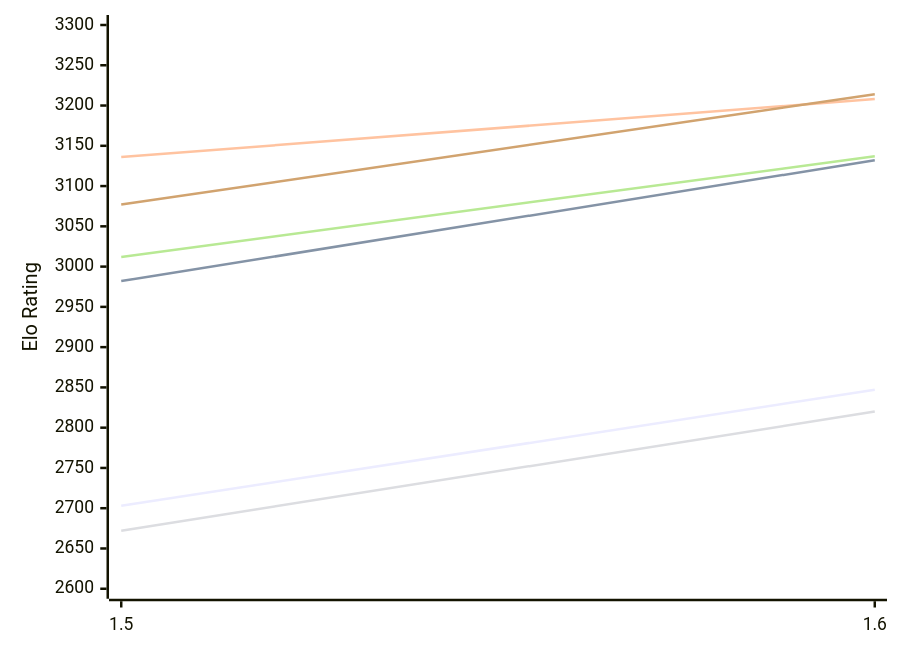
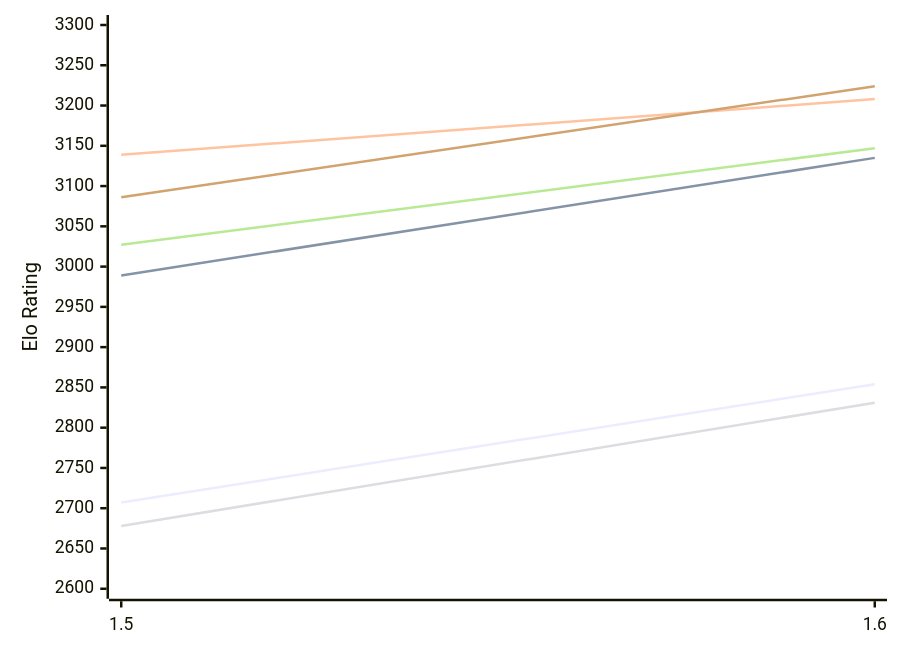
One commit to computer-chess-index/cci changed the first of 2 diagrams in engines/Yakka.md. Above: the diagram before and after it, drawn with Mermaid. The commit also changed other lines of this file, not shown here.

Commit message:
Update CCI Ratings (ELO VLTC) - 2026-11-25

````diff
--- a/engines/Yakka.md
+++ b/engines/Yakka.md
@@ -51,12 +51,12 @@
 ```mermaid
 %%{init: {"theme":"base","themeVariables":{"seriesColors:['#a3a3a3','#222221','#faa371']}}}%%
 xychart-beta
   x-axis ["1.5", "1.6"]
   y-axis "Elo Rating" 2600 --> 3300
-  line "E1: STC (8.0+0.08s)" [2703, 2847]
-  line "E1: LTC (60.0+0.60s)" [2982, 3132]
-  line "E1: VLTC (2m24s+1.12s)" [3136, 3208]
-  line "P1: STC (8.0+0.08s)" [2672, 2820]
-  line "P1: LTC (60.0+0.60s)" [3012, 3137]
-  line "P1: VLTC (2m24s+1.12s)" [3077, 3214]
+  line "E1: STC (8.0+0.08s)" [2707, 2854]
+  line "E1: LTC (60.0+0.60s)" [2989, 3135]
+  line "E1: VLTC (2m24s+1.12s)" [3139, 3208]
+  line "P1: STC (8.0+0.08s)" [2678, 2831]
+  line "P1: LTC (60.0+0.60s)" [3027, 3147]
+  line "P1: VLTC (2m24s+1.12s)" [3086, 3224]
 ```
````
